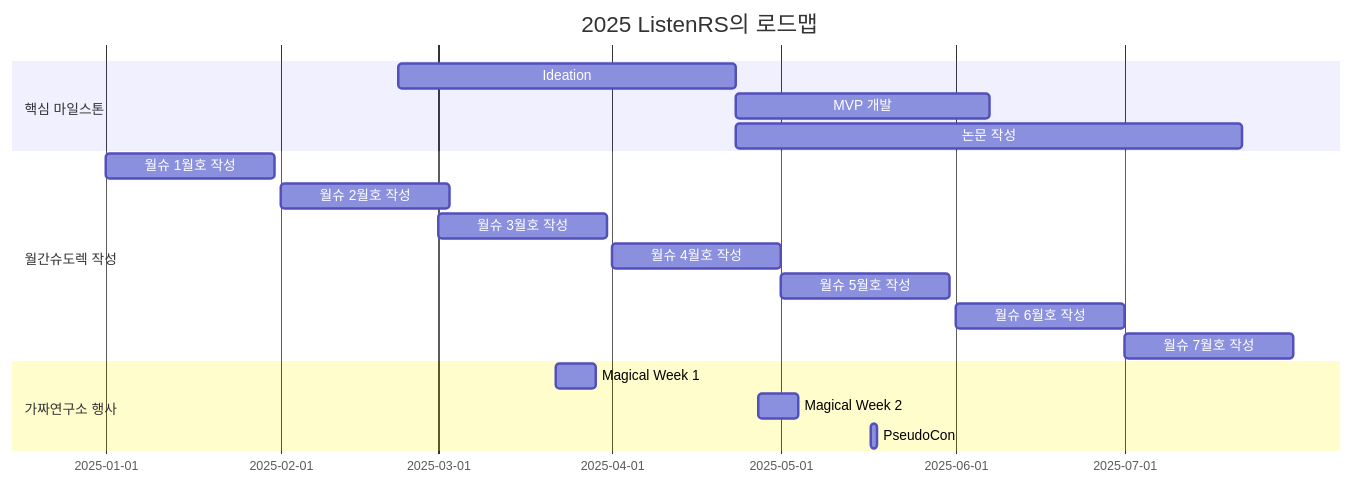
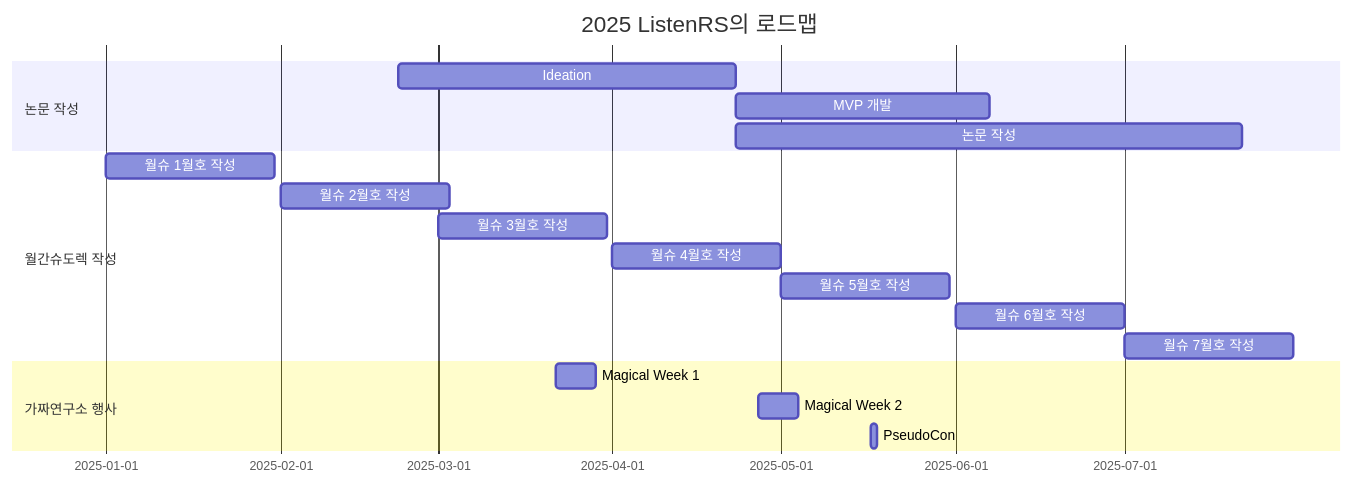
One commit to Pseudo-Lab/life-is-short-you-need-recommendation-system changed the diagram in README.md. Above: the diagram before and after it, drawn with Mermaid. The commit also changed other lines of this file, not shown here.

````diff
--- a/README.md
+++ b/README.md
@@ -61,21 +61,21 @@
 ```mermaid
 gantt
     title 2025 ListenRS의 로드맵
-    section 핵심 마일스톤
+    section 논문 작성
       Ideation       :a1, 2025-02-22, 60d
       MVP 개발        :a2, after a1, 45d
       논문 작성        :a3, after a1, 90d
     section 월간슈도렉 작성
       월슈 1월호 작성       :m1, 2025-01-01, 30d
       월슈 2월호 작성       :m2, 2025-02-01, 30d
       월슈 3월호 작성       :m3, 2025-03-01, 30d
       월슈 4월호 작성       :m4, 2025-04-01, 30d
       월슈 5월호 작성       :m5, 2025-05-01, 30d
       월슈 6월호 작성       :m6, 2025-06-01, 30d
       월슈 7월호 작성       :m7, 2025-07-01, 30d
 
     section 가짜연구소 행사
       Magical Week 1    :2025-03-22, 7d
       Magical Week 2    :2025-04-27, 7d
       PseudoCon         :2025-5-17, 1d
 ```
````
